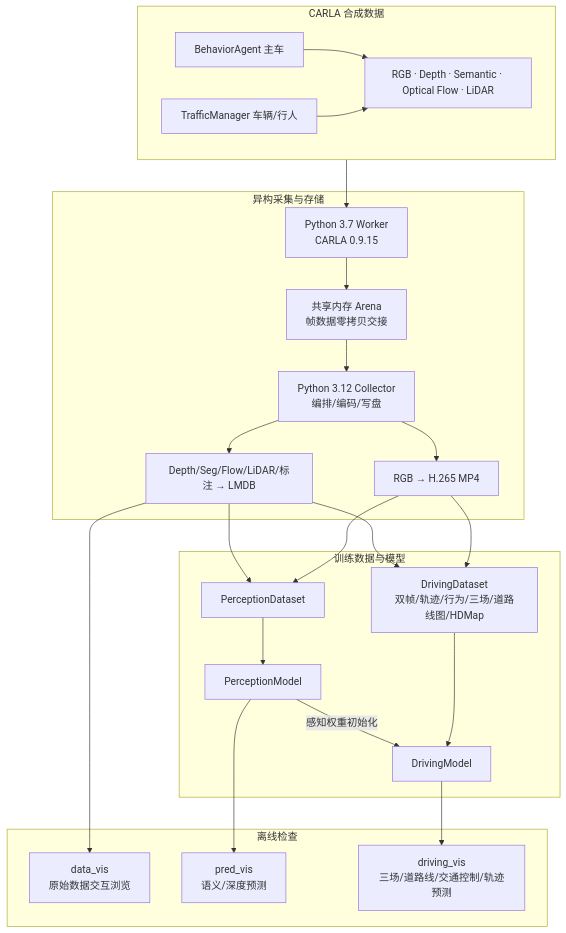
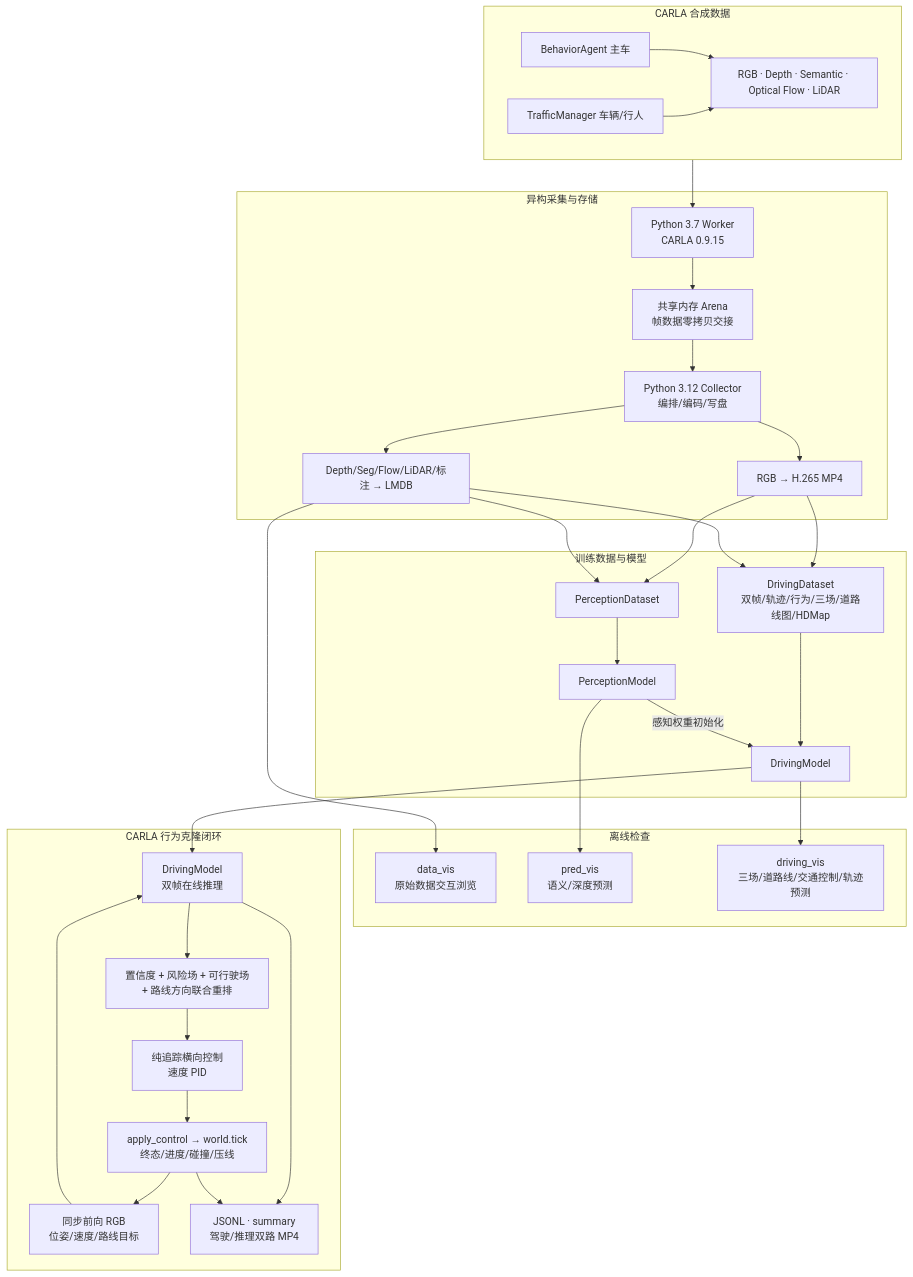
One commit to ByteDriveTeam/ByteDrive-Toy changed the second of 9 diagrams in README.md. Above: the diagram before and after it, drawn with Mermaid. The commit also changed other lines of this file, not shown here.

````diff
--- a/README.md
+++ b/README.md
@@ -122,46 +124,59 @@
 ```mermaid
 flowchart TB
     subgraph SIM["CARLA 合成数据"]
         C1["BehaviorAgent 主车"]
         C2["TrafficManager 车辆/行人"]
         C3["RGB · Depth · Semantic · Optical Flow · LiDAR"]
         C1 --> C3
         C2 --> C3
     end
 
     subgraph STORE["异构采集与存储"]
         W["Python 3.7 Worker<br/>CARLA 0.9.15"]
         SHM["共享内存 Arena<br/>帧数据零拷贝交接"]
         COL["Python 3.12 Collector<br/>编排/编码/写盘"]
         MP4["RGB → H.265 MP4"]
         DB["Depth/Seg/Flow/LiDAR/标注 → LMDB"]
         W --> SHM --> COL
         COL --> MP4
         COL --> DB
     end
 
     subgraph LEARN["训练数据与模型"]
         DS1["PerceptionDataset"]
         DS2["DrivingDataset<br/>双帧/轨迹/行为/三场/道路线图/HDMap"]
         P["PerceptionModel"]
         D["DrivingModel"]
         DS1 --> P
         DS2 --> D
         P -->|"感知权重初始化"| D
     end
 
     subgraph VIS["离线检查"]
         V1["data_vis<br/>原始数据交互浏览"]
         V2["pred_vis<br/>语义/深度预测"]
         V3["driving_vis<br/>三场/道路线/交通控制/轨迹预测"]
     end
 
+    subgraph CLOSED["CARLA 行为克隆闭环"]
+        OBS["同步前向 RGB<br/>位姿/速度/路线目标"]
+        INF["DrivingModel<br/>双帧在线推理"]
+        SELECT["置信度 + 风险场 + 可行驶场<br/>+ 路线方向联合重排"]
+        CTRL["纯追踪横向控制<br/>速度 PID"]
+        STEP["apply_control → world.tick<br/>终态/进度/碰撞/压线"]
+        LOG["JSONL · summary<br/>驾驶/推理双路 MP4"]
+        OBS --> INF --> SELECT --> CTRL --> STEP --> OBS
+        INF --> LOG
+        STEP --> LOG
+    end
+
     SIM --> W
     MP4 --> DS1
     DB --> DS1
     MP4 --> DS2
     DB --> DS2
     DB --> V1
     P --> V2
     D --> V3
+    D --> INF
 ```
````
